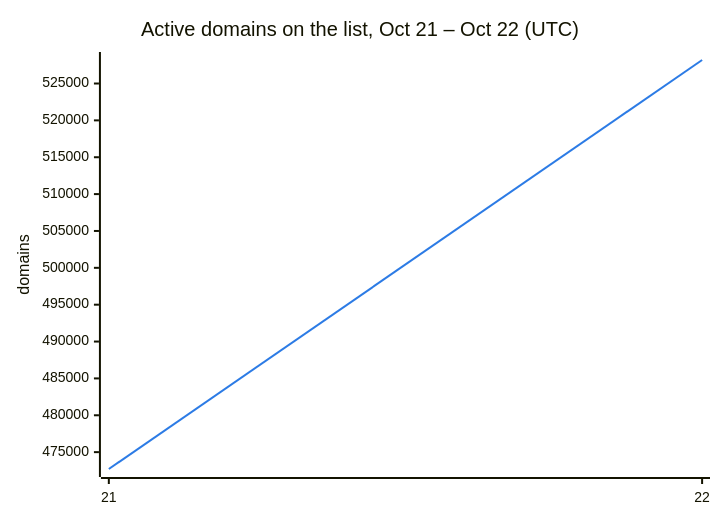
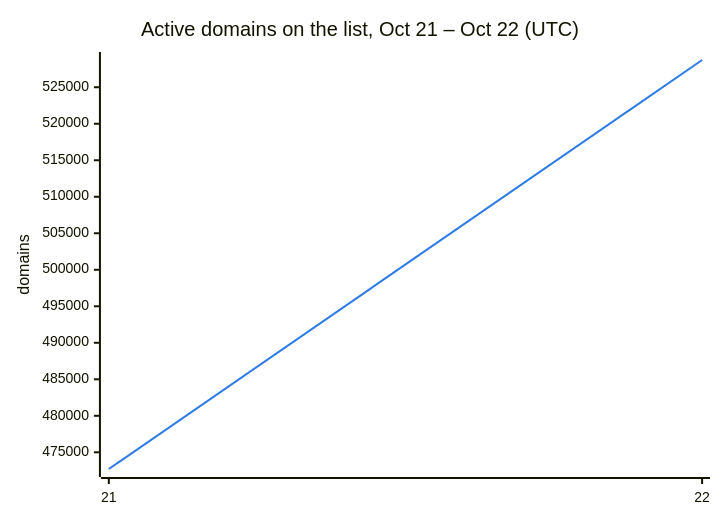
The second of 3 diagrams in README.md (DNSBunker/CTI), drawn with Mermaid before and after one commit. The commit also changed other lines of this file and 3 other files, not shown here.

````diff
--- a/README.md
+++ b/README.md
@@ -38,8 +38,8 @@
 ```mermaid
 %%{init: {"themeVariables": {"xyChart": {"plotColorPalette": "#2c7be5"}}}}%%
 xychart-beta
     title "Active domains on the list, Oct 21 – Oct 22 (UTC)"
     x-axis ["21", "22"]
     y-axis "domains"
-    line [472713, 528189]
+    line [472713, 528732]
 ```
````
